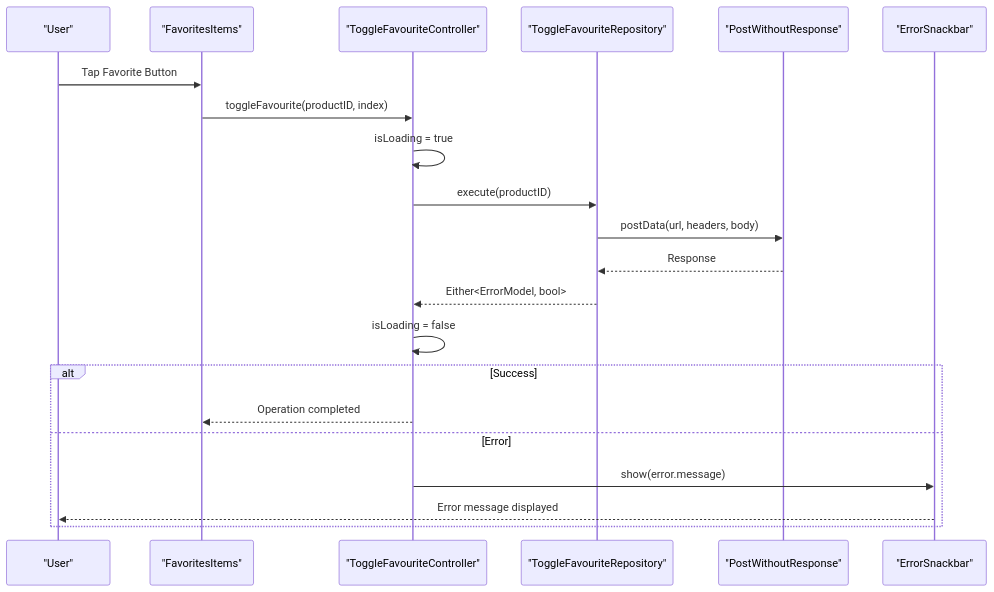
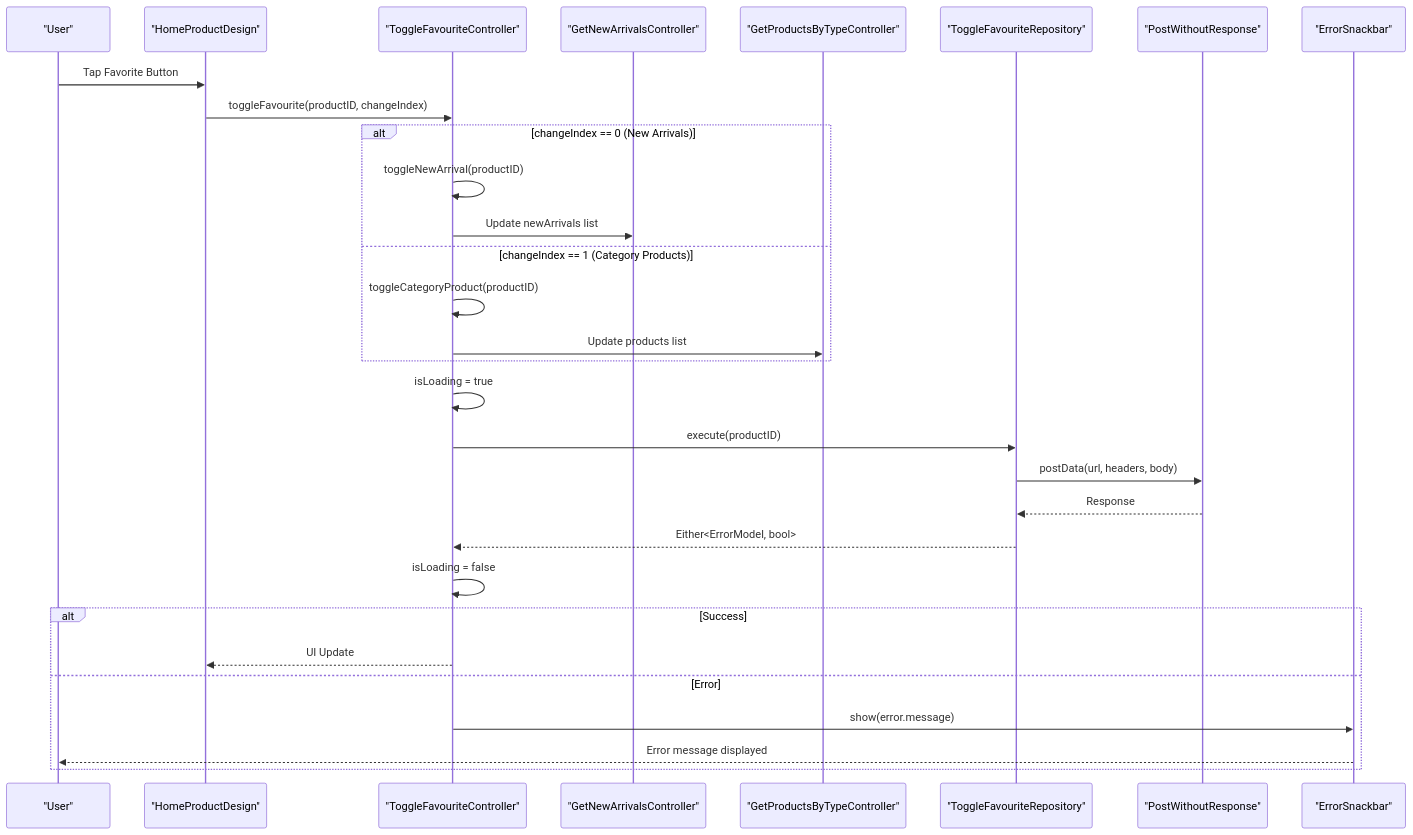
Before and after one commit to Ariful3111/FurniGo: the fifth of 10 diagrams in .qoder/repowiki/en/content/Core Features/Favorites Module.md, drawn with Mermaid. The commit also changed other lines of this file and 13 other files, not shown here.

Commit message:
Favorite Completed

````diff
--- a/.qoder/repowiki/en/content/Core Features/Favorites Module.md
+++ b/.qoder/repowiki/en/content/Core Features/Favorites Module.md
@@ -256,23 +308,32 @@
 ```mermaid
 sequenceDiagram
 participant User as "User"
-participant UI as "FavoritesItems"
+participant HomeUI as "HomeProductDesign"
 participant Controller as "ToggleFavouriteController"
+participant NewArrival as "GetNewArrivalsController"
+participant Category as "GetProductsByTypeController"
 participant Repo as "ToggleFavouriteRepository"
 participant Network as "PostWithoutResponse"
 participant Snackbar as "ErrorSnackbar"
-User->>UI : Tap Favorite Button
-UI->>Controller : toggleFavourite(productID, index)
+User->>HomeUI : Tap Favorite Button
+HomeUI->>Controller : toggleFavourite(productID, changeIndex)
+alt changeIndex == 0 (New Arrivals)
+Controller->>Controller : toggleNewArrival(productID)
+Controller->>NewArrival : Update newArrivals list
+else changeIndex == 1 (Category Products)
+Controller->>Controller : toggleCategoryProduct(productID)
+Controller->>Category : Update products list
+end
 Controller->>Controller : isLoading = true
 Controller->>Repo : execute(productID)
 Repo->>Network : postData(url, headers, body)
 Network-->>Repo : Response
 Repo-->>Controller : Either<ErrorModel, bool>
 Controller->>Controller : isLoading = false
 alt Success
-Controller-->>UI : Operation completed
+Controller-->>HomeUI : UI Update
 else Error
 Controller->>Snackbar : show(error.message)
 Snackbar-->>User : Error message displayed
 end
 ```
````
